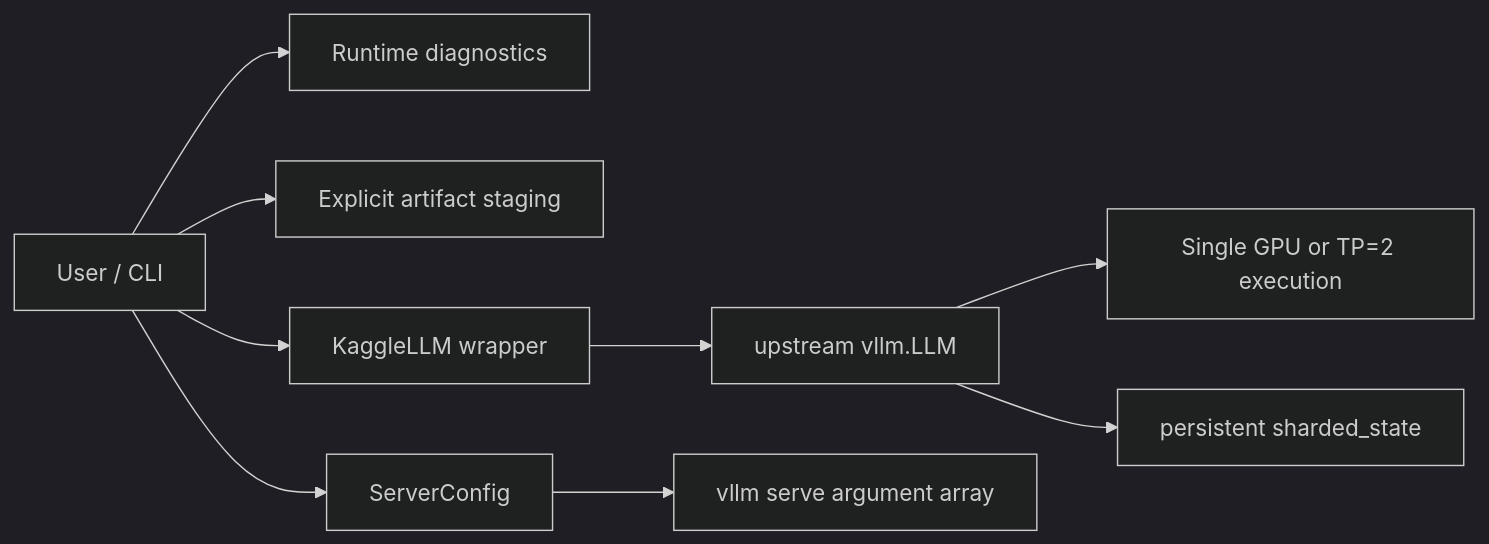
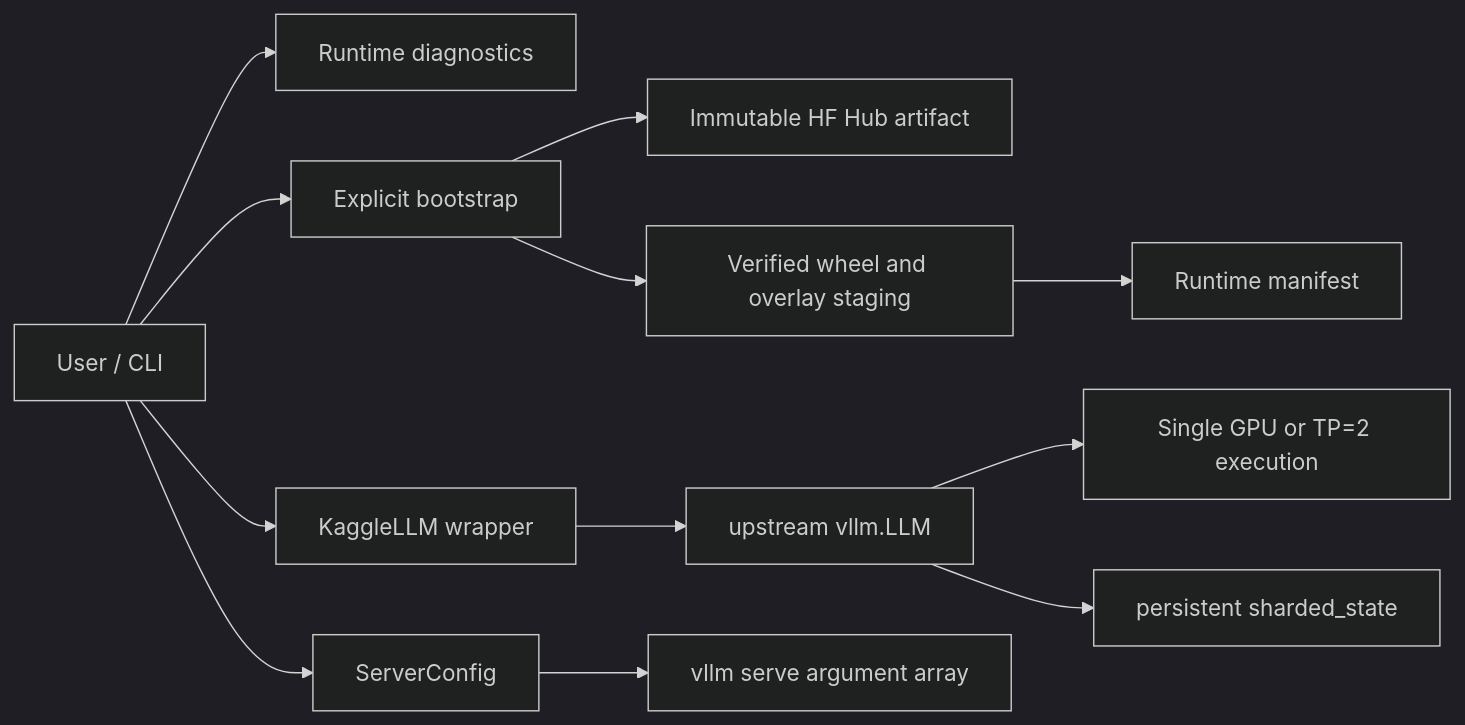
One commit to kaggle-vllm/kaggle-vllm changed the diagram in docs/architecture.md. Above: the diagram before and after it, drawn with Mermaid (dark theme). The commit also changed other lines of this file and 26 other files, not shown here.

Commit message:
feat: add pinned Kaggle runtime bootstrap

````diff
--- a/docs/architecture.md
+++ b/docs/architecture.md
@@ -5,11 +5,14 @@
 ```mermaid
 flowchart LR
     U[User / CLI] --> R[Runtime diagnostics]
-    U --> I[Explicit artifact staging]
+    U --> B[Explicit bootstrap]
+    B --> H[Immutable HF Hub artifact]
+    B --> I[Verified wheel and overlay staging]
+    I --> M[Runtime manifest]
     U --> K[KaggleLLM wrapper]
     K --> V[upstream vllm.LLM]
     V --> T[Single GPU or TP=2 execution]
     V --> S[persistent sharded_state]
     U --> O[ServerConfig]
     O --> C[vllm serve argument array]
 ```
````
